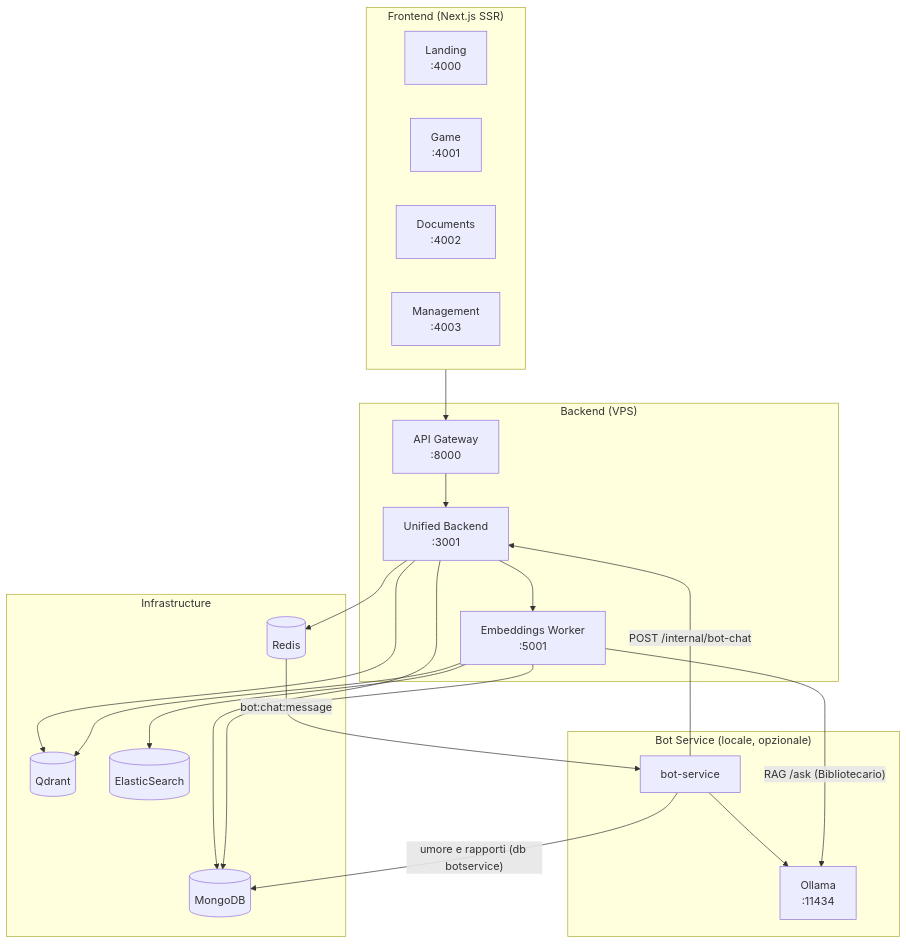
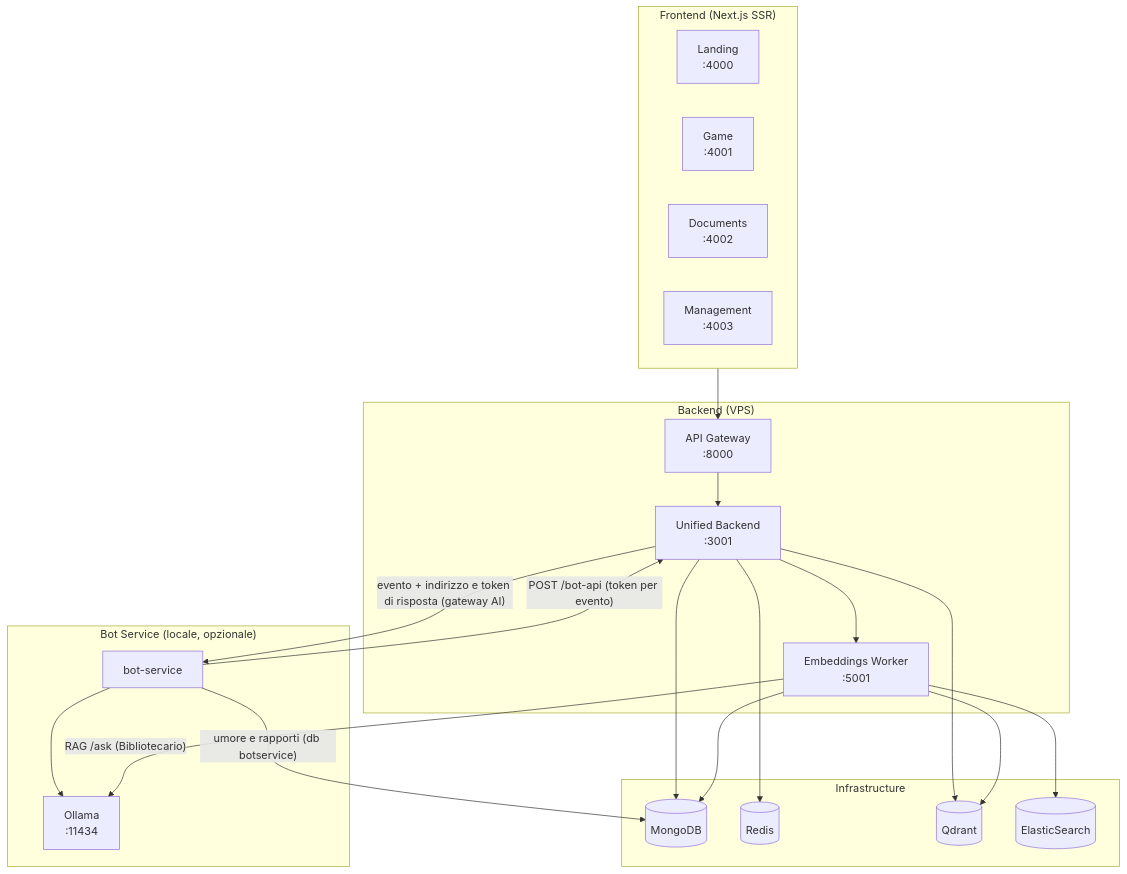
The diagram in README.md (pagliagen/tenpennynovels), drawn with Mermaid before and after one commit. The commit also changed other lines of this file and 45 other files, not shown here.

````diff
--- a/README.md
+++ b/README.md
@@ -44,42 +44,42 @@
 ```mermaid
 flowchart TD
     subgraph frontend ["Frontend (Next.js SSR)"]
         Landing["Landing\n:4000"]
         Game["Game\n:4001"]
         Documents["Documents\n:4002"]
         Management["Management\n:4003"]
     end
 
     subgraph backend ["Backend (VPS)"]
         Gateway["API Gateway\n:8000"]
         Unified["Unified Backend\n:3001"]
         Embeddings["Embeddings Worker\n:5001"]
     end
 
     subgraph botsvc ["Bot Service (locale, opzionale)"]
         BotService["bot-service"]
         Ollama["Ollama\n:11434"]
     end
 
     subgraph infra ["Infrastructure"]
         MongoDB[(MongoDB)]
         Redis[(Redis)]
         Qdrant[(Qdrant)]
         ES[(ElasticSearch)]
     end
 
     frontend --> Gateway
     Gateway --> Unified
     Unified --> MongoDB
     Unified --> Redis
     Unified --> Qdrant
     Unified --> Embeddings
-    Redis -->|"bot:chat:message"| BotService
+    Unified -->|"evento + indirizzo e token di risposta (gateway AI)"| BotService
     BotService --> Ollama
-    BotService -->|"POST /internal/bot-chat"| Unified
+    BotService -->|"POST /bot-api (token per evento)"| Unified
     BotService -->|"umore e rapporti (db botservice)"| MongoDB
     Embeddings --> Qdrant
     Embeddings --> ES
     Embeddings --> MongoDB
     Embeddings -->|"RAG /ask (Bibliotecario)"| Ollama
 ```
````
